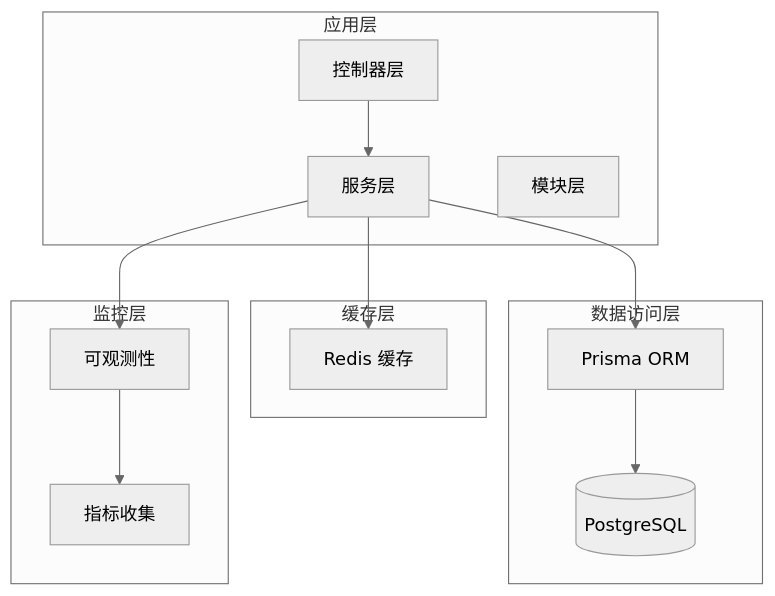
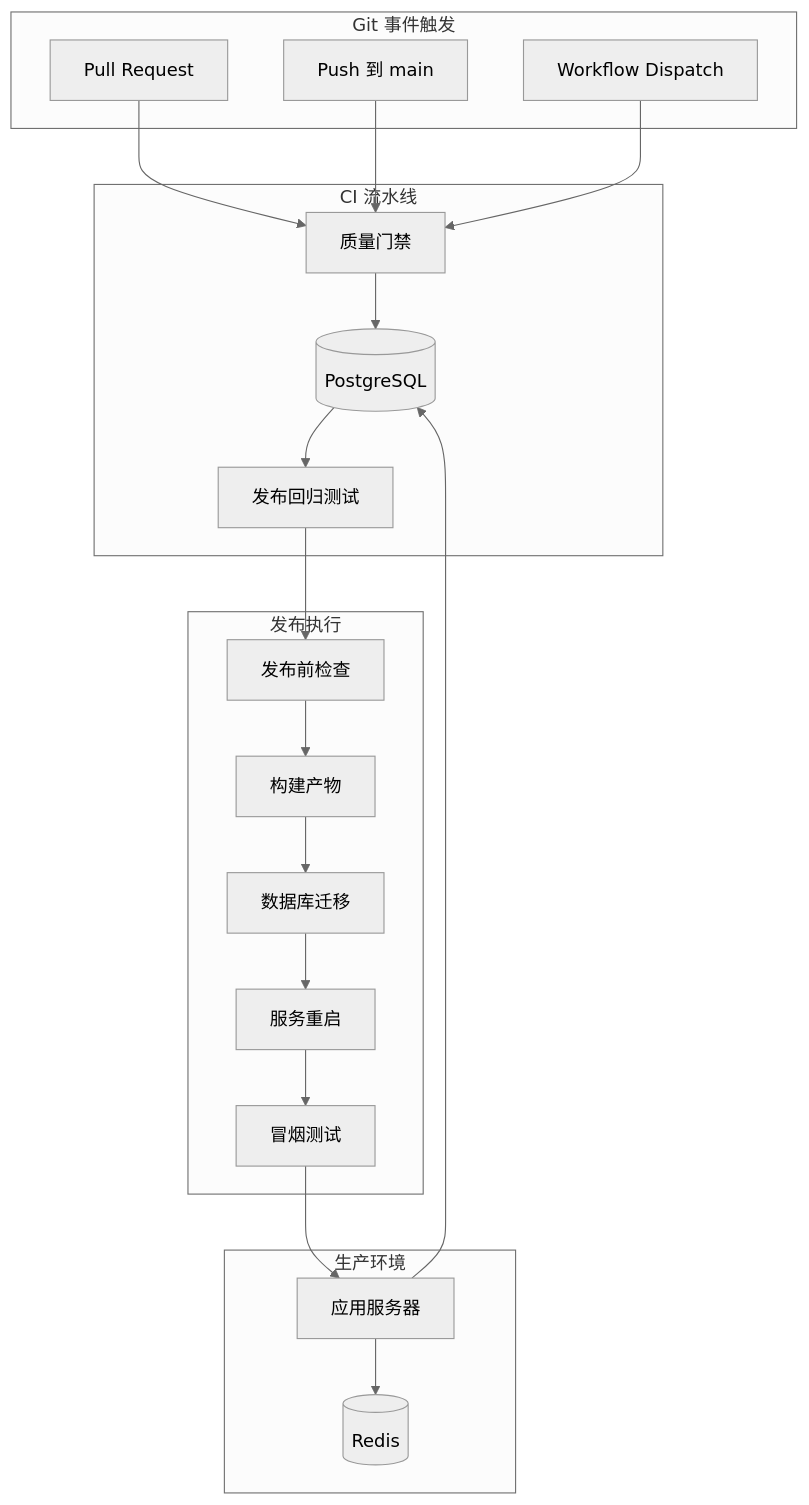
One commit to rc558620/purelyprofit-server changed the first of 9 diagrams in .qoder/repowiki/zh/content/部署配置/CI_CD 流水线配置.md. Above: the diagram before and after it, drawn with Mermaid (neutral theme). The commit also changed other lines of this file and 65 other files, not shown here.

````diff
--- a/.qoder/repowiki/zh/content/部署配置/CI_CD 流水线配置.md
+++ b/.qoder/repowiki/zh/content/部署配置/CI_CD 流水线配置.md
@@ -38,25 +37,38 @@
 ```mermaid
 graph TB
-subgraph "应用层"
-Controllers[控制器层]
-Services[服务层]
-Modules[模块层]
+subgraph "Git 事件触发"
+PR[Pull Request]
+PUSH[Push 到 main]
+DISPATCH[Workflow Dispatch]
 end
-subgraph "数据访问层"
-Prisma[Prisma ORM]
-Database[(PostgreSQL)]
+subgraph "CI 流水线"
+QUALITY[质量门禁]
+DB[数据库门禁]
+REGRESSION[发布回归测试]
 end
-subgraph "缓存层"
-Redis[Redis 缓存]
+subgraph "发布执行"
+PRECHECK[发布前检查]
+BUILD[构建产物]
+MIGRATE[数据库迁移]
+RESTART[服务重启]
+SMOKE[冒烟测试]
 end
-subgraph "监控层"
-Observability[可观测性]
-Metrics[指标收集]
+subgraph "生产环境"
+SERVER[应用服务器]
+DB[(PostgreSQL)]
+CACHE[(Redis)]
 end
-Controllers --> Services
-Services --> Prisma
-Prisma --> Database
-Services --> Redis
-Services --> Observability
-Observability --> Metrics
+PR --> QUALITY
+PUSH --> QUALITY
+DISPATCH --> QUALITY
+QUALITY --> DB
+DB --> REGRESSION
+REGRESSION --> PRECHECK
+PRECHECK --> BUILD
+BUILD --> MIGRATE
+MIGRATE --> RESTART
+RESTART --> SMOKE
+SMOKE --> SERVER
+SERVER --> DB
+SERVER --> CACHE
 ```
````
